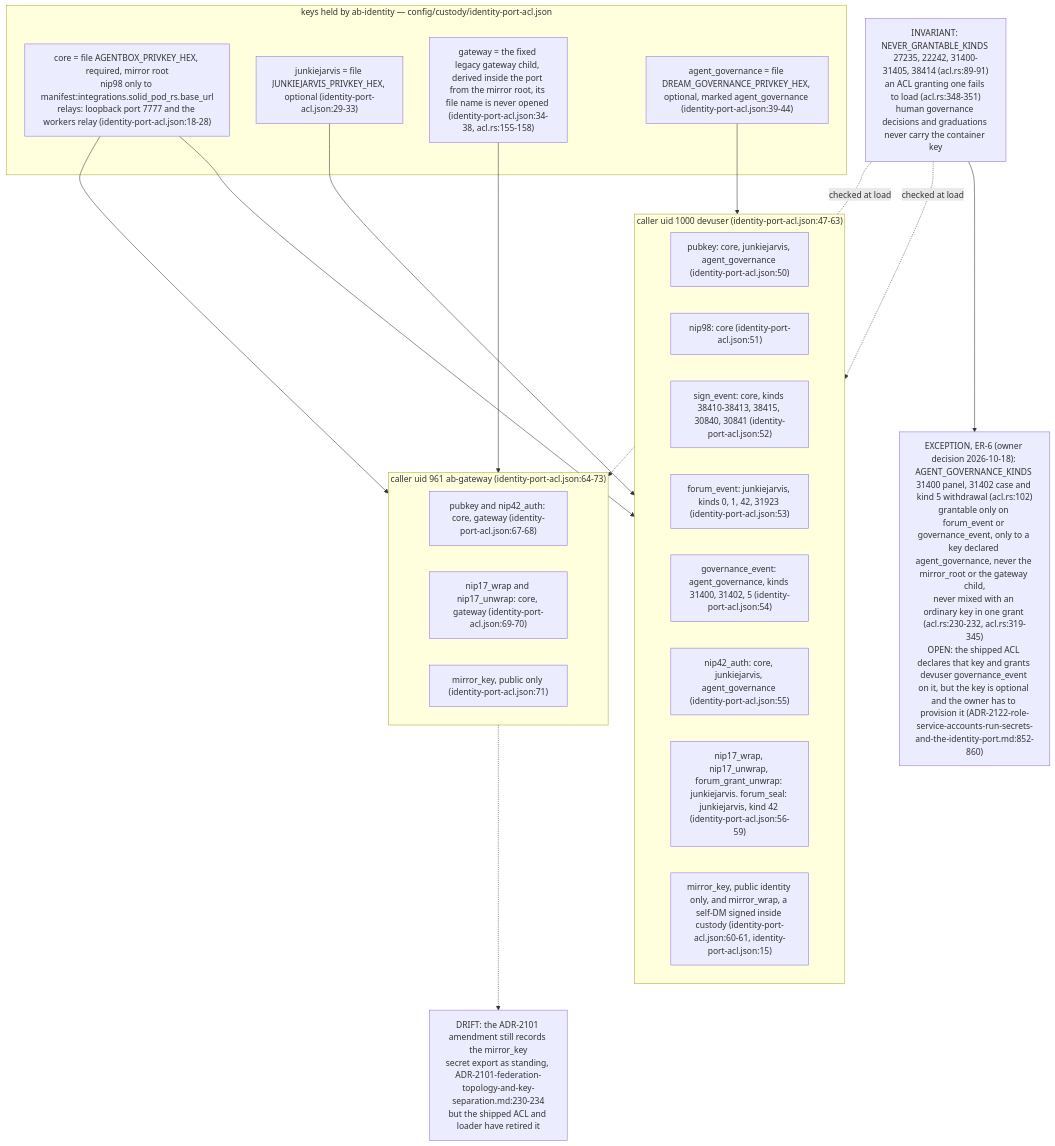
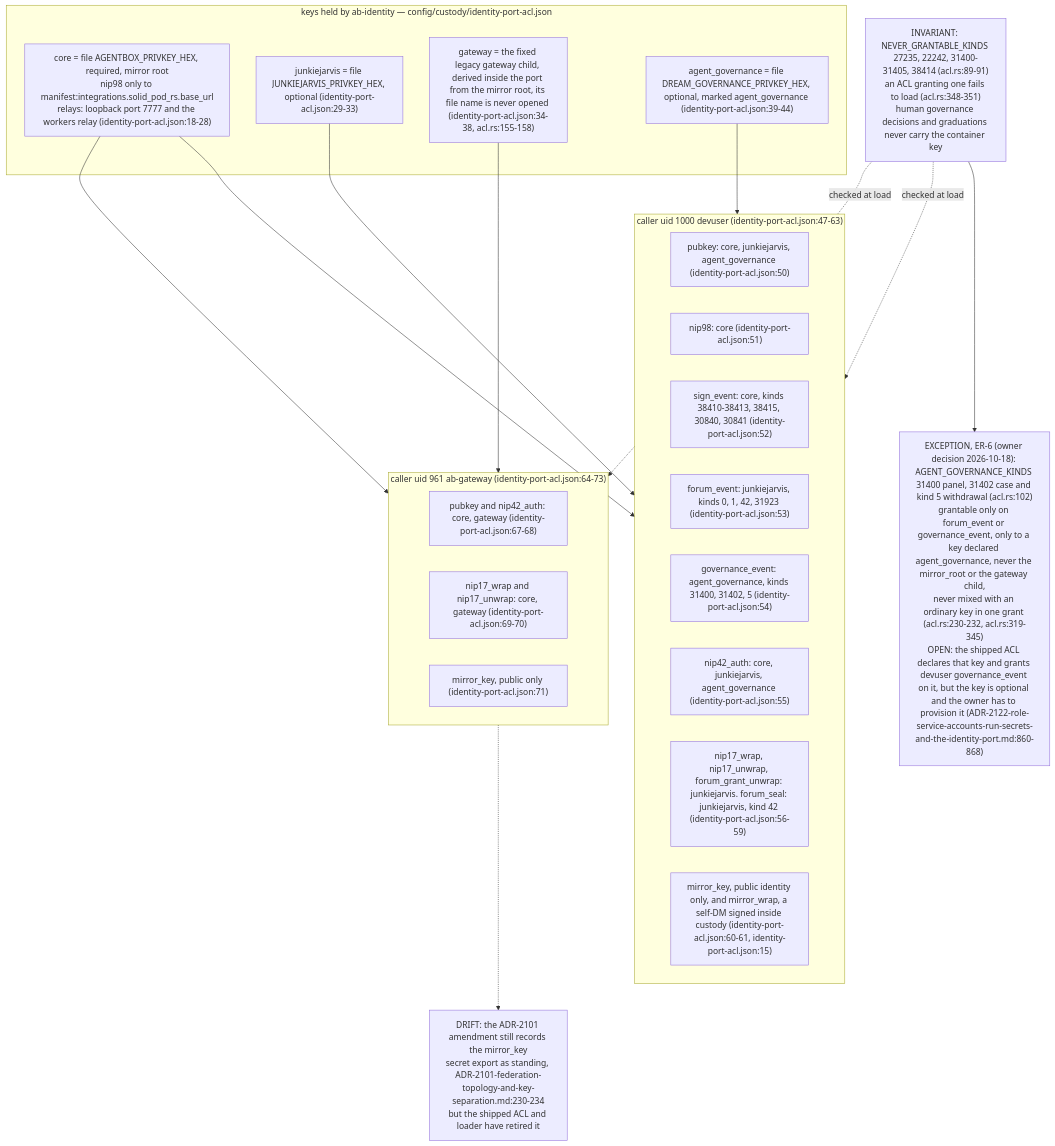
Before and after one commit to DreamLab-AI/VisionFlow: the fifth of 7 diagrams in docs/diagrams/agentbox/36-role-isolation-and-identity-port.md, drawn with Mermaid. The commit also changed other lines of this file and 7 other files, not shown here.

First line of the commit message:
diagrams(agentbox): re-verify AB-36..AB-43 at agentbox 59b1aca

````diff
--- a/docs/diagrams/agentbox/36-role-isolation-and-identity-port.md
+++ b/docs/diagrams/agentbox/36-role-isolation-and-identity-port.md
@@ -192,35 +192,35 @@
 ```mermaid
 flowchart TB
     subgraph KEYS["keys held by ab-identity — config/custody/identity-port-acl.json"]
         CORE["core = file AGENTBOX_PRIVKEY_HEX, required, mirror root<br/>nip98 only to manifest:integrations.solid_pod_rs.base_url<br/>relays: loopback port 7777 and the workers relay (identity-port-acl.json:18-28)"]
         JJ["junkiejarvis = file JUNKIEJARVIS_PRIVKEY_HEX, optional (identity-port-acl.json:29-33)"]
         GK["gateway = the fixed legacy gateway child, derived inside the port from the mirror root, its file name is never opened (identity-port-acl.json:34-38, acl.rs:155-158)"]
         AG["agent_governance = file DREAM_GOVERNANCE_PRIVKEY_HEX, optional, marked agent_governance (identity-port-acl.json:39-44)"]
     end
     subgraph DEV["caller uid 1000 devuser (identity-port-acl.json:47-63)"]
         D1["pubkey: core, junkiejarvis, agent_governance (identity-port-acl.json:50)"]
         D2["nip98: core (identity-port-acl.json:51)"]
         D3["sign_event: core, kinds 38410-38413, 38415, 30840, 30841 (identity-port-acl.json:52)"]
         D4["forum_event: junkiejarvis, kinds 0, 1, 42, 31923 (identity-port-acl.json:53)"]
         D5["governance_event: agent_governance, kinds 31400, 31402, 5 (identity-port-acl.json:54)"]
         D6["nip42_auth: core, junkiejarvis, agent_governance (identity-port-acl.json:55)"]
         D7["nip17_wrap, nip17_unwrap, forum_grant_unwrap: junkiejarvis. forum_seal: junkiejarvis, kind 42 (identity-port-acl.json:56-59)"]
         D8["mirror_key, public identity only, and mirror_wrap, a self-DM signed inside custody (identity-port-acl.json:60-61, identity-port-acl.json:15)"]
     end
     subgraph GWC["caller uid 961 ab-gateway (identity-port-acl.json:64-73)"]
         G1["pubkey and nip42_auth: core, gateway (identity-port-acl.json:67-68)"]
         G2["nip17_wrap and nip17_unwrap: core, gateway (identity-port-acl.json:69-70)"]
         G3["mirror_key, public only (identity-port-acl.json:71)"]
     end
     NEVER["INVARIANT: NEVER_GRANTABLE_KINDS 27235, 22242, 31400-31405, 38414 (acl.rs:89-91)<br/>an ACL granting one fails to load (acl.rs:348-351)<br/>human governance decisions and graduations never carry the container key"]
-    AGENTK["EXCEPTION, ER-6 (owner decision 2026-10-18): AGENT_GOVERNANCE_KINDS 31400 panel, 31402 case and kind 5 withdrawal (acl.rs:102)<br/>grantable only on forum_event or governance_event, only to a key declared agent_governance, never the mirror_root or the gateway child,<br/>never mixed with an ordinary key in one grant (acl.rs:230-232, acl.rs:319-345)<br/>OPEN: the shipped ACL declares that key and grants devuser governance_event on it, but the key is optional and the owner has to provision it (ADR-2122-role-service-accounts-run-secrets-and-the-identity-port.md:852-860)"]
+    AGENTK["EXCEPTION, ER-6 (owner decision 2026-10-18): AGENT_GOVERNANCE_KINDS 31400 panel, 31402 case and kind 5 withdrawal (acl.rs:102)<br/>grantable only on forum_event or governance_event, only to a key declared agent_governance, never the mirror_root or the gateway child,<br/>never mixed with an ordinary key in one grant (acl.rs:230-232, acl.rs:319-345)<br/>OPEN: the shipped ACL declares that key and grants devuser governance_event on it, but the key is optional and the owner has to provision it (ADR-2122-role-service-accounts-run-secrets-and-the-identity-port.md:860-868)"]
     NEVER --> AGENTK
     CORE --> DEV
     JJ --> DEV
     AG --> DEV
     CORE --> GWC
     GK --> GWC
     NEVER -.->|"checked at load"| DEV
     NEVER -.->|"checked at load"| GWC
     GWC -.-> DR2101["DRIFT: the ADR-2101 amendment still records the mirror_key<br/>secret export as standing, ADR-2101-federation-topology-and-key-separation.md:230-234<br/>but the shipped ACL and loader have retired it"]
 ```
````
